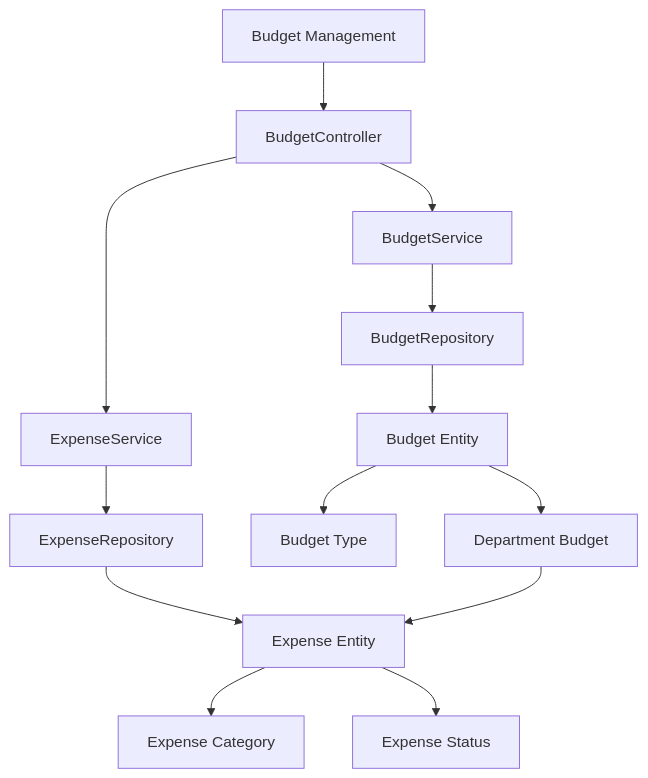
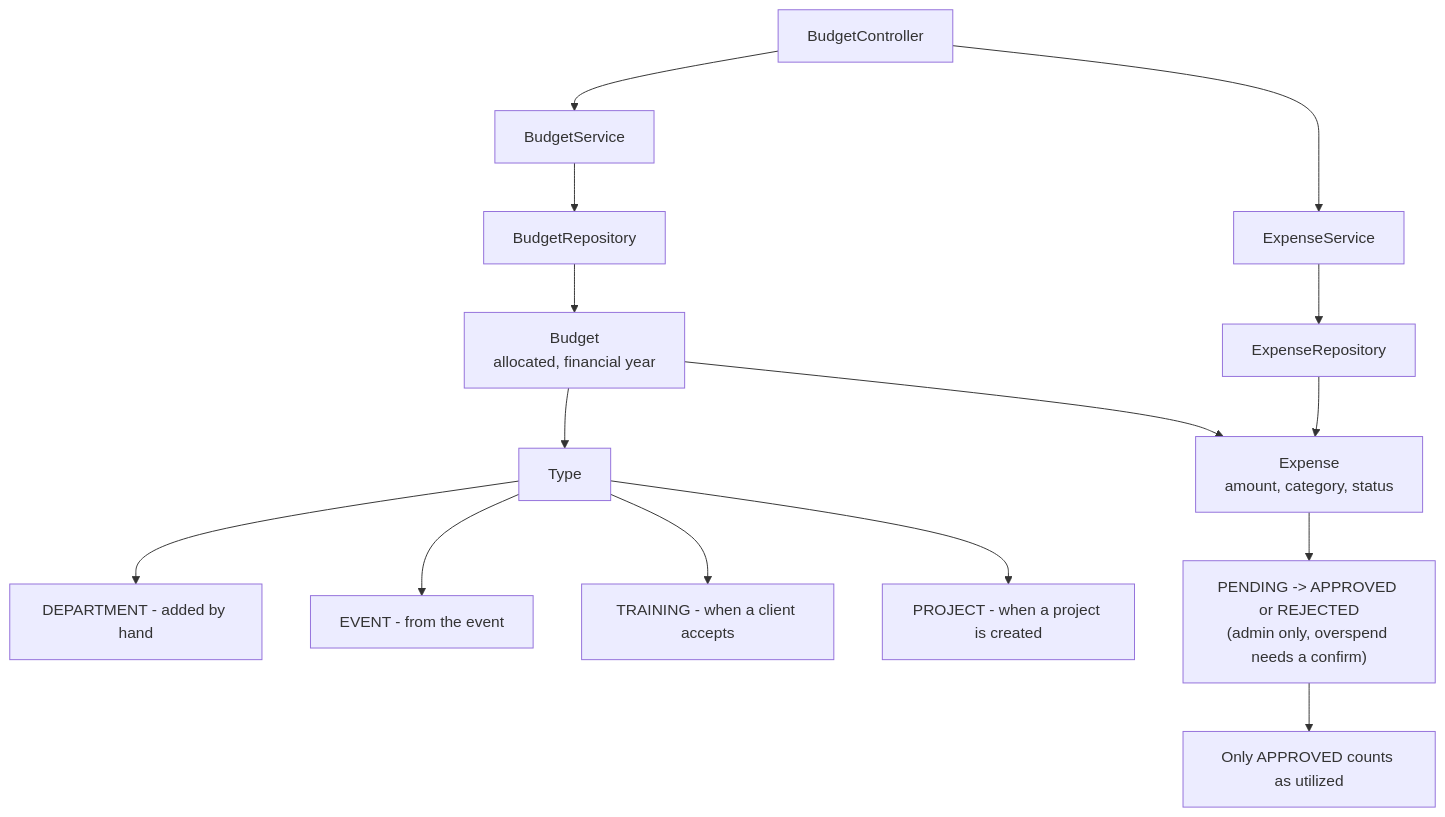
Before and after one commit to Git-punit/campus-erp: diagram 14 of 19 in README.md, drawn with Mermaid. The commit also changed other lines of this file, not shown here.

````diff
--- a/README.md
+++ b/README.md
@@ -678,21 +745,17 @@
 ```mermaid
 flowchart TD
-    A["Budget Management"]
+    A["BudgetController"]
 
-    A --> B["BudgetController"]
-    B --> C["BudgetService"]
-    B --> D["ExpenseService"]
+    A --> C["BudgetService"] --> E["BudgetRepository"] --> G["Budget<br/>allocated, financial year"]
+    A --> D["ExpenseService"] --> F["ExpenseRepository"] --> H["Expense<br/>amount, category, status"]
 
-    C --> E["BudgetRepository"]
-    D --> F["ExpenseRepository"]
+    G --> T["Type"]
+    T --> T1["DEPARTMENT - added by hand"]
+    T --> T2["EVENT - from the event"]
+    T --> T3["TRAINING - when a client accepts"]
+    T --> T4["PROJECT - when a project is created"]
 
-    E --> G["Budget Entity"]
-    F --> H["Expense Entity"]
-
-    G --> I["Budget Type"]
-    H --> J["Expense Category"]
-    H --> K["Expense Status"]
-
-    G --> L["Department Budget"]
-    L --> H
+    G --> H
+    H --> S["PENDING -> APPROVED or REJECTED<br/>(admin only, overspend needs a confirm)"]
+    S --> U["Only APPROVED counts as utilized"]
 ```
````
